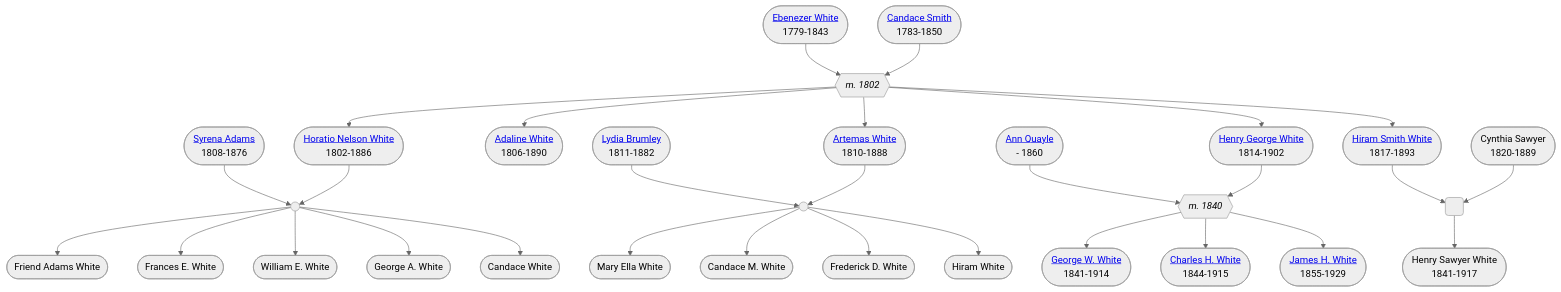
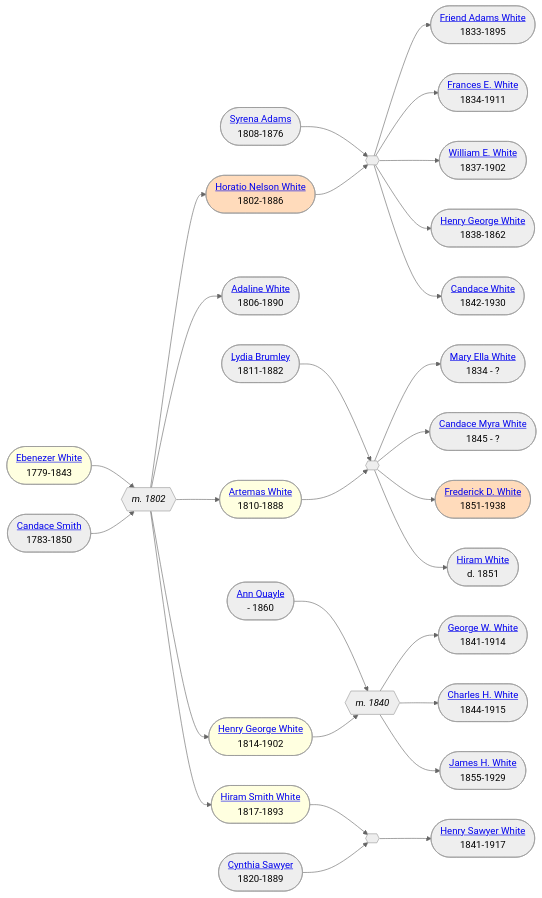
Before and after one commit to neelsmith/avocational: the diagram in posts/DATE-white-letters-cheatsheet/index.qmd, drawn with Mermaid (neutral theme). The commit also changed other lines of this file, not shown here.

Commit message:
Start intro para

````diff
--- a/posts/DATE-white-letters-cheatsheet/index.qmd
+++ b/posts/DATE-white-letters-cheatsheet/index.qmd
@@ -35,64 +32,70 @@
 ```{mermaid}
 
-graph TD
+graph LR
 
 Ebenezer(["<a href='https://neelsmith.quarto.pub/personal/familyhistory/sources/people/Merrill-line/White-line/Ebenezer_White.html'>Ebenezer White</a><br/>1779-1843"]) --> m1{{"m. 1802"}}
 Candace(["<a href='https://neelsmith.quarto.pub/personal/familyhistory/sources/people/Merrill-line/White-line/Candace-Smith-line/Candace_Smith.html'>Candace Smith</a><br/>1783-1850"]) --> m1
 
-Syrena(["<a href='https://neelsmith.quarto.pub/personal/familyhistory/sources/people/Merrill-line/White-line/Syrena_Adams.html'>Syrena Adams</a><br/>1808-1876"]) --> m2((" "))
+Syrena(["<a href='https://neelsmith.quarto.pub/personal/familyhistory/sources/people/Merrill-line/White-line/Syrena_Adams.html'>Syrena Adams</a><br/>1808-1876"]) --> m2{{" "}}
 m1 --> Horatio(["<a href='https://neelsmith.quarto.pub/personal/familyhistory/sources/people/Merrill-line/White-line/Horatio_Nelson_White.html'>Horatio Nelson White</a><br/>1802-1886"])
 Horatio --> m2
 
 
-m2 --> Friend(["Friend Adams White"])
-m2 --> FrancesE(["Frances E. White"])
-m2 --> WilliamE(["William E. White"])
-m2 --> GeorgeA(["George A. White"])
-m2 --> CandaceWhite(["Candace White"])
+m2 --> Friend(["<a href='https://neelsmith.quarto.pub/personal/familyhistory/sources/people/Merrill-line/White-line/Friend_Adams_White.html'>Friend Adams White</a><br/>1833-1895"])
+m2 --> FrancesE(["<a href='https://neelsmith.quarto.pub/personal/familyhistory/sources/people/Merrill-line/White-line/Frances_E._White.html'>Frances E. White</a><br/>1834-1911"])
+m2 --> WilliamE(["<a href='https://neelsmith.quarto.pub/personal/familyhistory/sources/people/Merrill-line/White-line/William_E._White.html'>William E. White</a><br/>1837-1902"])
+m2 --> GeorgeA(["<a href='https://neelsmith.quarto.pub/personal/familyhistory/sources/people/Merrill-line/White-line/Henry_George_White_2.html'>Henry George White</a><br/>1838-1862"])
+m2 --> CandaceWhite(["<a href='https://neelsmith.quarto.pub/personal/familyhistory/sources/people/Merrill-line/White-line/Candace_White.html'>Candace White</a><br/>1842-1930"])
 
 
 
 
 
 
 
 m1 --> Adaline(["<a href='https://neelsmith.quarto.pub/personal/familyhistory/sources/people/Merrill-line/White-line/Adaline_White.html'>Adaline White</a><br/>1806-1890"])
 
 m1 --> Artemas(["<a href='https://neelsmith.quarto.pub/personal/familyhistory/sources/people/Merrill-line/White-line/Artemas_White.html'>Artemas White</a><br/>1810-1888"])
 
-Lydia(["<a href='https://neelsmith.quarto.pub/personal/familyhistory/sources/people/Merrill-line/White-line/Adaline_White.html'>Lydia Brumley</a><br/>1811-1882"]) --> m3((" "))
+Lydia(["<a href='https://neelsmith.quarto.pub/personal/familyhistory/sources/people/Merrill-line/White-line/Adaline_White.html'>Lydia Brumley</a><br/>1811-1882"]) --> m3{{" "}}
 Artemas --> m3
 
 
 
-m3 --> MaryElla(["Mary Ella White"])
-m3 --> CandaceM(["Candace M. White"])
-m3 --> Frederick(["Frederick D. White"])
-m3 --> HiramWhite(["Hiram White"])
+m3 --> MaryElla(["<a href='https://neelsmith.quarto.pub/personal/familyhistory/sources/people/Merrill-line/White-line/Mary_Ella_White.html'>Mary Ella White</a><br/>1834 - ?"])
+m3 --> CandaceM(["<a href='https://neelsmith.quarto.pub/personal/familyhistory/sources/people/Merrill-line/White-line/Candace_Myra_White.html'>Candace Myra White</a><br/>1845 - ?"])
+m3 --> Frederick(["<a href='https://neelsmith.quarto.pub/personal/familyhistory/sources/people/Merrill-line/White-line/Frederick_D._White.html'>Frederick D. White</a><br/>1851-1938"])
+m3 --> HiramWhite(["<a href='https://neelsmith.quarto.pub/personal/familyhistory/sources/people/Merrill-line/White-line/Hiram_White.html'>Hiram White</a><br/>d. 1851"])
 
 
 AnnQ(["<a href='https://neelsmith.quarto.pub/personal/familyhistory/sources/people/Merrill-line/White-line/Ann_Quayle.html'>Ann Quayle</a><br/> - 1860"]) --> m4{{"m. 1840"}}
 m1 --> HG(["<a href='https://neelsmith.quarto.pub/personal/familyhistory/sources/people/Merrill-line/White-line/Henry_George_White.html'>Henry George White</a><br/>1814-1902"])
 HG --> m4
 
 m4 --> GeorgeW(["<a href='https://neelsmith.quarto.pub/personal/familyhistory/sources/people/Merrill-line/White-line/George_W._White.html'>George W. White</a><br/>1841-1914"])
 m4 --> CharlesH(["<a href='https://neelsmith.quarto.pub/personal/familyhistory/sources/people/Merrill-line/White-line/Charles_H._White.html'>Charles H. White</a><br/>1844-1915"])
 
 m4 --> JamesH(["<a href='https://neelsmith.quarto.pub/personal/familyhistory/sources/people/Merrill-line/White-line/James_Herbert_White.html'>James H. White</a><br/>1855-1929"])
 
 
 m1 --> Hiram(["<a href='https://neelsmith.quarto.pub/personal/familyhistory/sources/people/Merrill-line/White-line/Hiram_Smith_White.html'>Hiram Smith White</a><br/>1817-1893"])
 
 
-Hiram --> m5(" ")
-Cynthia(["Cynthia Sawyer<br/>1820-1889"]) --> m5
+Hiram --> m5{{" "}}
+Cynthia(["<a href='https://neelsmith.quarto.pub/personal/familyhistory/sources/people/Merrill-line/White-line/Cynthia_Sawyer.html'>Cynthia Sawyer</a><br/>1820-1889"]) --> m5
 
 
 
-m5 --> HenryS(["Henry Sawyer White<br/>1841-1917"])
+m5 --> HenryS(["<a href='https://neelsmith.quarto.pub/personal/familyhistory/sources/people/Merrill-line/White-line/Henry_Sawyer_White.html'>Henry Sawyer White</a><br/>1841-1917"])
 
 
 
 classDef marriage font-style: italic
 class m1,m2,m3,m4,m5 marriage
+
+classDef recipient fill: #FFDBBB
+class Horatio,Frederick recipient
+
+classDef sender fill: lightyellow
+class Artemas,HG,Ebenezer,Hiram sender
 ```
````
